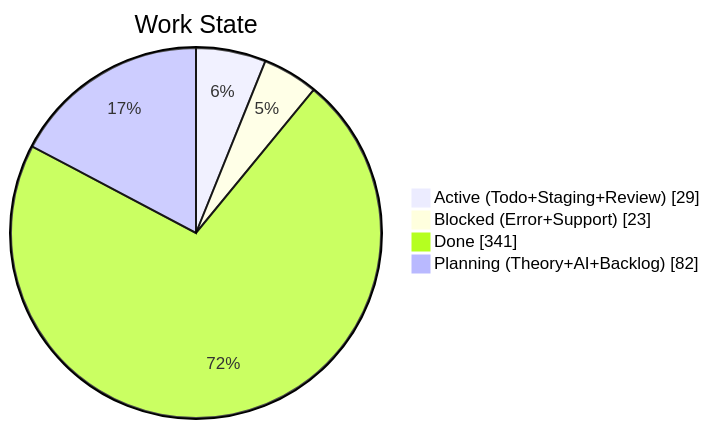
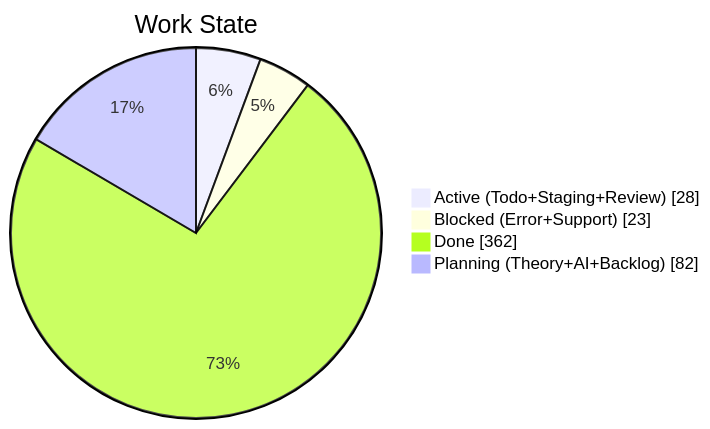
One commit to KBVE/kbve changed the second of 4 diagrams in apps/kbve/astro-kbve/src/content/docs/dashboard/kanban-data.mdx. Above: the diagram before and after it, drawn with Mermaid. The commit also changed other lines of this file and 2 other files, not shown here.

````diff
--- a/apps/kbve/astro-kbve/src/content/docs/dashboard/kanban-data.mdx
+++ b/apps/kbve/astro-kbve/src/content/docs/dashboard/kanban-data.mdx
@@ -204,8 +204,8 @@
 ```mermaid
 pie showData
     title Work State
-    "Active (Todo+Staging+Review)" : 29
+    "Active (Todo+Staging+Review)" : 28
     "Blocked (Error+Support)" : 23
-    "Done" : 341
+    "Done" : 362
     "Planning (Theory+AI+Backlog)" : 82
 ```
````
